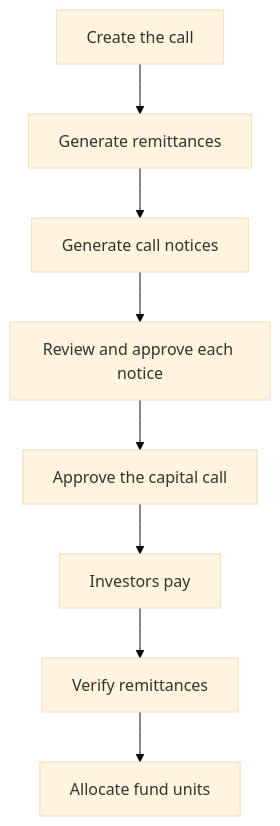
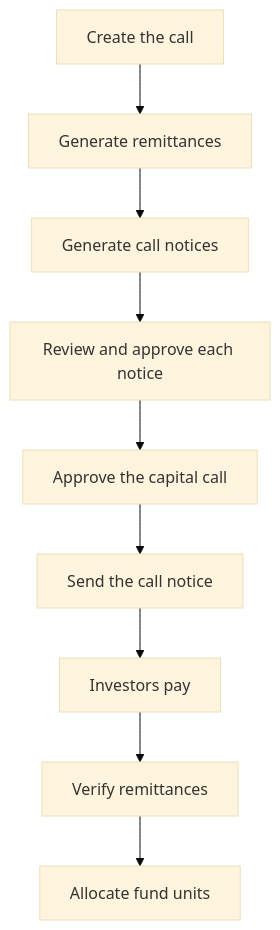
The second of 6 diagrams in docs/user_guides/capital_calls_user_guide.md (sampadadiwan/IRM_CompanyMain), drawn with Mermaid (base theme) before and after one commit. The commit also changed other lines of this file and 41 other files, not shown here.

````diff
--- a/docs/user_guides/capital_calls_user_guide.md
+++ b/docs/user_guides/capital_calls_user_guide.md
@@ -74,10 +75,11 @@
 ```mermaid
 flowchart TD
     A[Create the call] --> B[Generate remittances]
     B --> C[Generate call notices]
     C --> D[Review and approve each notice]
     D --> E[Approve the capital call]
-    E --> F[Investors pay]
+    E --> N[Send the call notice]
+    N --> F[Investors pay]
     F --> G[Verify remittances]
     G --> H[Allocate fund units]
 ```
````
